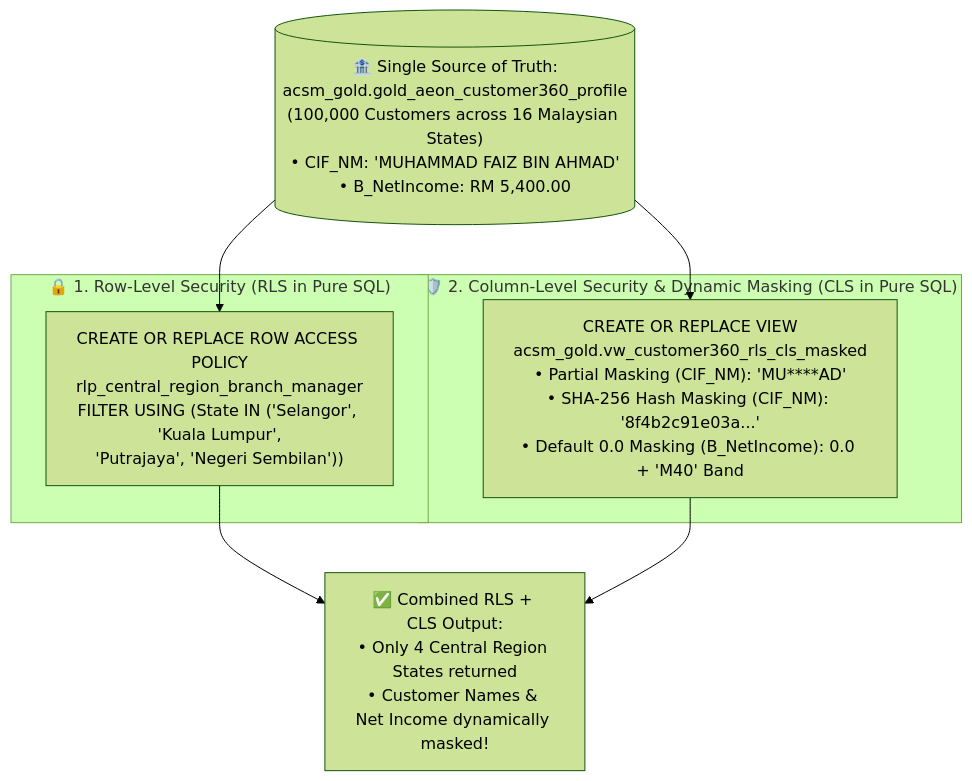
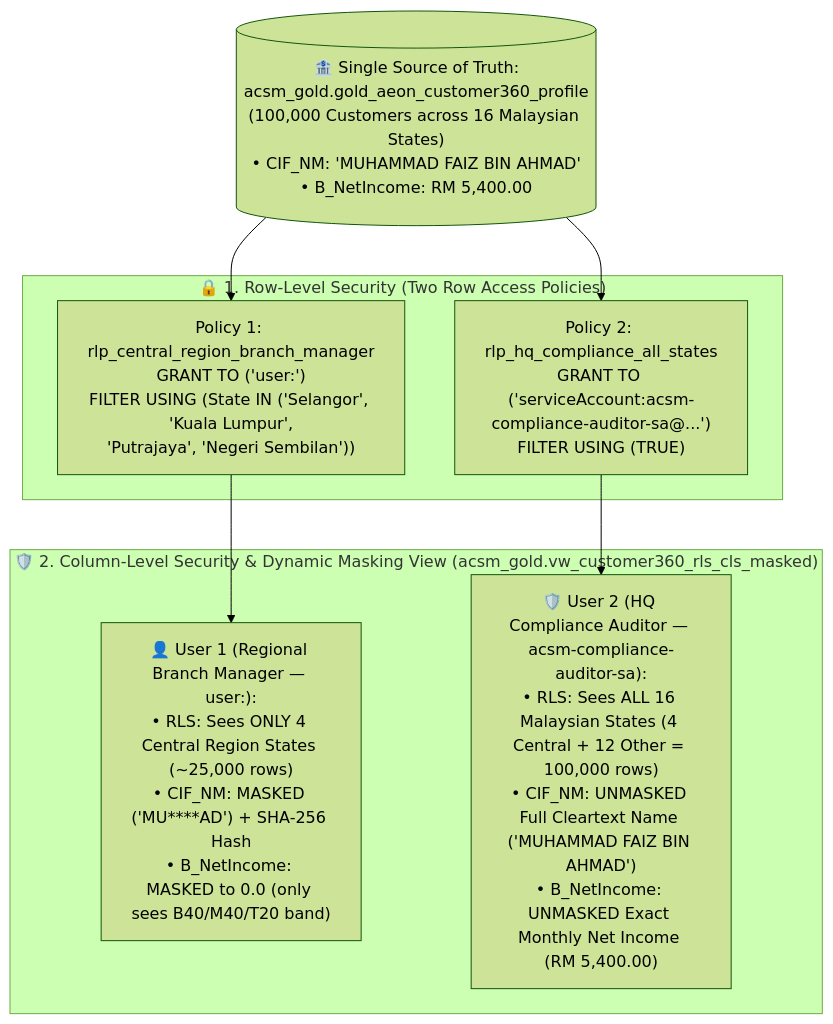
The diagram in track1_platform_governance/walkthroughs/03_Governance_Security_and_Data_Quality_Walkthrough.md (arvind-dhariwal/aeon-credit-gcp-workshop), drawn with Mermaid (forest theme) before and after one commit. The commit also changed other lines of this file and 3 other files, not shown here.

Commit message:
Add side-by-side 2-user RLS and CLS verification (Regional Branch Manager vs HQ Compliance Auditor SA) in Notebook 03 and Walkthrough

````diff
--- a/track1_platform_governance/walkthroughs/03_Governance_Security_and_Data_Quality_Walkthrough.md
+++ b/track1_platform_governance/walkthroughs/03_Governance_Security_and_Data_Quality_Walkthrough.md
@@ -17,18 +22,18 @@
 ```mermaid
 flowchart TB
   GOLD[("🏦 Single Source of Truth:\nacsm_gold.gold_aeon_customer360_profile\n(100,000 Customers across 16 Malaysian States)\n• CIF_NM: 'MUHAMMAD FAIZ BIN AHMAD'\n• B_NetIncome: RM 5,400.00")]
 
-  subgraph RLS["🔒 1. Row-Level Security (RLS in Pure SQL)"]
-    RLS_POL["CREATE OR REPLACE ROW ACCESS POLICY\nrlp_central_region_branch_manager\nFILTER USING (State IN ('Selangor', 'Kuala Lumpur',\n'Putrajaya', 'Negeri Sembilan'))"]
+  subgraph RLS["🔒 1. Row-Level Security (Two Row Access Policies)"]
+    RLS_U1["Policy 1: rlp_central_region_branch_manager\nGRANT TO ('user:<USER_EMAIL>')\nFILTER USING (State IN ('Selangor', 'Kuala Lumpur',\n'Putrajaya', 'Negeri Sembilan'))"]
+    RLS_U2["Policy 2: rlp_hq_compliance_all_states\nGRANT TO ('serviceAccount:acsm-compliance-auditor-sa@<PROJECT_ID>...')\nFILTER USING (TRUE)"]
   end
 
-  subgraph CLS["🛡️ 2. Column-Level Security & Dynamic Masking (CLS in Pure SQL)"]
-    CLS_VIEW["CREATE OR REPLACE VIEW\nacsm_gold.vw_customer360_rls_cls_masked\n• Partial Masking (CIF_NM): 'MU****AD'\n• SHA-256 Hash Masking (CIF_NM): '8f4b2c91e03a...'\n• Default 0.0 Masking (B_NetIncome): 0.0 + 'M40' Band"]
+  subgraph CLS["🛡️ 2. Column-Level Security & Dynamic Masking View (acsm_gold.vw_customer360_rls_cls_masked)"]
+    CLS_U1["👤 User 1 (Regional Branch Manager — user:<USER_EMAIL>):\n• RLS: Sees ONLY 4 Central Region States (~25,000 rows)\n• CIF_NM: MASKED ('MU****AD') + SHA-256 Hash\n• B_NetIncome: MASKED to 0.0 (only sees B40/M40/T20 band)"]
+    CLS_U2["🛡️ User 2 (HQ Compliance Auditor — acsm-compliance-auditor-sa):\n• RLS: Sees ALL 16 Malaysian States (4 Central + 12 Other = 100,000 rows)\n• CIF_NM: UNMASKED Full Cleartext Name ('MUHAMMAD FAIZ BIN AHMAD')\n• B_NetIncome: UNMASKED Exact Monthly Net Income (RM 5,400.00)"]
   end
 
-  OUT["✅ Combined RLS + CLS Output:\n• Only 4 Central Region States returned\n• Customer Names & Net Income dynamically masked!"]
-
-  GOLD --> RLS_POL
-  GOLD --> CLS_VIEW
-  RLS_POL & CLS_VIEW --> OUT
+  GOLD --> RLS_U1 & RLS_U2
+  RLS_U1 --> CLS_U1
+  RLS_U2 --> CLS_U2
 ```
````
